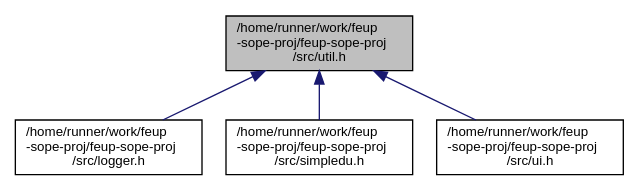
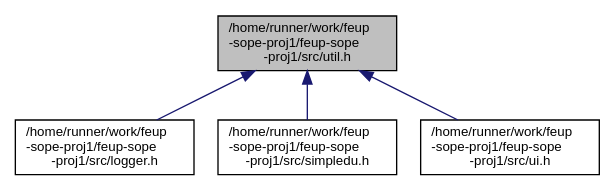
The diagram in util_8h__dep__incl.dot (ctrlMarcio/feup-sope-proj), drawn with Graphviz before and after one commit. The commit also changed 25 other files, not shown here.

```diff
--- a/util_8h__dep__incl.dot
+++ b/util_8h__dep__incl.dot
@@ -1,12 +1,12 @@
-digraph "/home/runner/work/feup-sope-proj/feup-sope-proj/src/util.h"
+digraph "/home/runner/work/feup-sope-proj1/feup-sope-proj1/src/util.h"
 {
   edge [fontname="Helvetica",fontsize="10",labelfontname="Helvetica",labelfontsize="10"];
   node [fontname="Helvetica",fontsize="10",shape=record];
-  Node2 [label="/home/runner/work/feup\l-sope-proj/feup-sope-proj\l/src/util.h",height=0.2,width=0.4,color="black", fillcolor="grey75", style="filled", fontcolor="black"];
+  Node2 [label="/home/runner/work/feup\l-sope-proj1/feup-sope\l-proj1/src/util.h",height=0.2,width=0.4,color="black", fillcolor="grey75", style="filled", fontcolor="black"];
   Node2 -> Node3 [dir="back",color="midnightblue",fontsize="10",style="solid",fontname="Helvetica"];
-  Node3 [label="/home/runner/work/feup\l-sope-proj/feup-sope-proj\l/src/logger.h",height=0.2,width=0.4,color="black", fillcolor="white", style="filled",URL="$logger_8h.html",tooltip="Is responsible for logging the information on a logfile. "];
+  Node3 [label="/home/runner/work/feup\l-sope-proj1/feup-sope\l-proj1/src/logger.h",height=0.2,width=0.4,color="black", fillcolor="white", style="filled",URL="$logger_8h.html",tooltip="Is responsible for logging the information on a logfile. "];
   Node2 -> Node4 [dir="back",color="midnightblue",fontsize="10",style="solid",fontname="Helvetica"];
-  Node4 [label="/home/runner/work/feup\l-sope-proj/feup-sope-proj\l/src/simpledu.h",height=0.2,width=0.4,color="black", fillcolor="white", style="filled",URL="$simpledu_8h.html",tooltip="Runs the main recursive function. "];
+  Node4 [label="/home/runner/work/feup\l-sope-proj1/feup-sope\l-proj1/src/simpledu.h",height=0.2,width=0.4,color="black", fillcolor="white", style="filled",URL="$simpledu_8h.html",tooltip="Runs the main recursive function. "];
   Node2 -> Node5 [dir="back",color="midnightblue",fontsize="10",style="solid",fontname="Helvetica"];
-  Node5 [label="/home/runner/work/feup\l-sope-proj/feup-sope-proj\l/src/ui.h",height=0.2,width=0.4,color="black", fillcolor="white", style="filled",URL="$ui_8h.html",tooltip="Responsible for printing to the STDOUT the results of the program. "];
+  Node5 [label="/home/runner/work/feup\l-sope-proj1/feup-sope\l-proj1/src/ui.h",height=0.2,width=0.4,color="black", fillcolor="white", style="filled",URL="$ui_8h.html",tooltip="Responsible for printing to the STDOUT the results of the program. "];
 }
```
